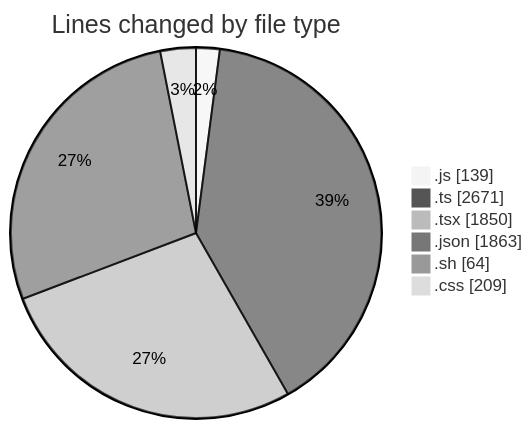
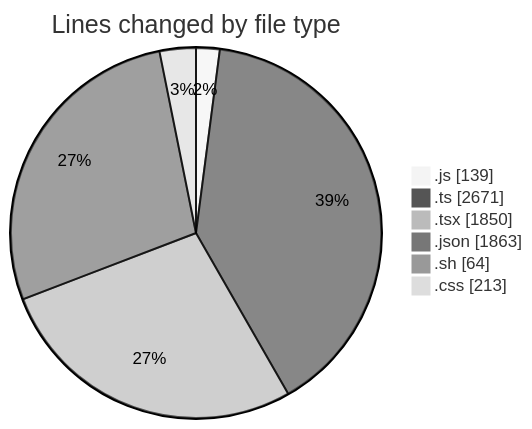
One commit to EIIisD/code-tracking changed the first of 2 diagrams in 2025-07-14/ribbon/README.md. Above: the diagram before and after it, drawn with Mermaid (neutral theme). The commit also changed other lines of this file and 1 other file, not shown here.

````diff
--- a/2025-07-14/ribbon/README.md
+++ b/2025-07-14/ribbon/README.md
@@ -51,10 +51,10 @@
 ```mermaid
 pie showData
 title Lines changed by file type
 ".js" : 139
 ".ts" : 2671
 ".tsx" : 1850
 ".json" : 1863
 ".sh" : 64
-".css" : 209
+".css" : 213
 ```
````
